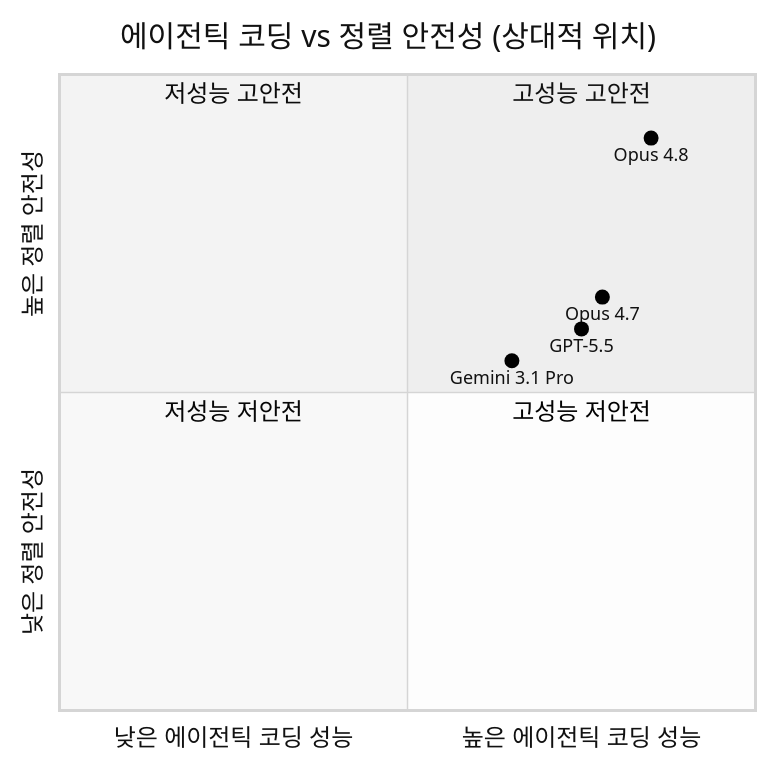
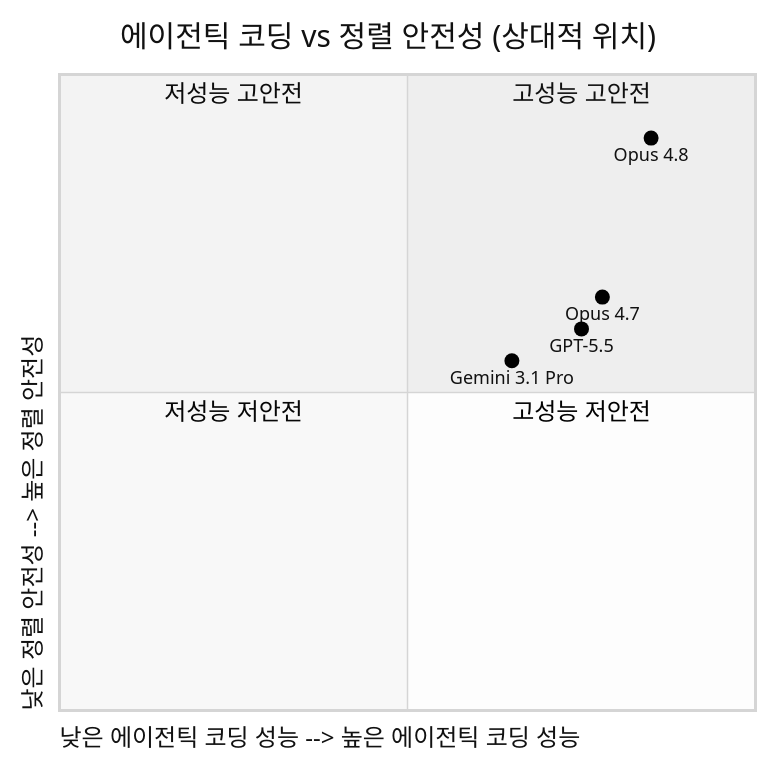
Before and after one commit to k82022603/k82022603.github.io: the third of 5 diagrams in _posts/2026-05-29-claude-opus-4.8-완전-분석-보고서.md, drawn with Mermaid (neutral theme). The commit also changed 1 other file, not shown here.

Commit message:
auto: sync wiki to blog [2026-06-10 07:58:06]

````diff
--- a/_posts/2026-05-29-claude-opus-4.8-완전-분석-보고서.md
+++ b/_posts/2026-05-29-claude-opus-4.8-완전-분석-보고서.md
@@ -269,14 +269,14 @@
 ```mermaid
 quadrantChart
     title 에이전틱 코딩 vs 정렬 안전성 (상대적 위치)
-    x-axis 낮은 에이전틱 코딩 성능 --> 높은 에이전틱 코딩 성능
-    y-axis 낮은 정렬 안전성 --> 높은 정렬 안전성
-    quadrant-1 고성능 고안전
-    quadrant-2 저성능 고안전
-    quadrant-3 저성능 저안전
-    quadrant-4 고성능 저안전
-    Opus 4.8: [0.85, 0.90]
-    GPT-5.5: [0.75, 0.60]
-    Gemini 3.1 Pro: [0.65, 0.55]
-    Opus 4.7: [0.78, 0.65]
+    x-axis "낮은 에이전틱 코딩 성능 --> 높은 에이전틱 코딩 성능"
+    y-axis "낮은 정렬 안전성 --> 높은 정렬 안전성"
+    quadrant-1 "고성능 고안전"
+    quadrant-2 "저성능 고안전"
+    quadrant-3 "저성능 저안전"
+    quadrant-4 "고성능 저안전"
+    "Opus 4.8": [0.85, 0.90]
+    "GPT-5.5": [0.75, 0.60]
+    "Gemini 3.1 Pro": [0.65, 0.55]
+    "Opus 4.7": [0.78, 0.65]
 ```
````
